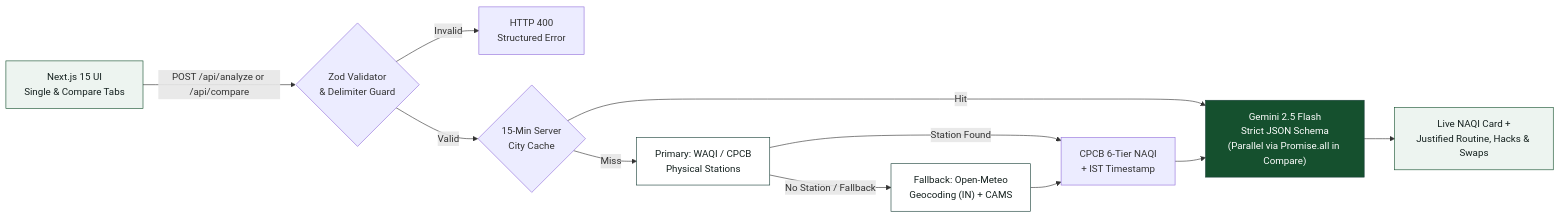
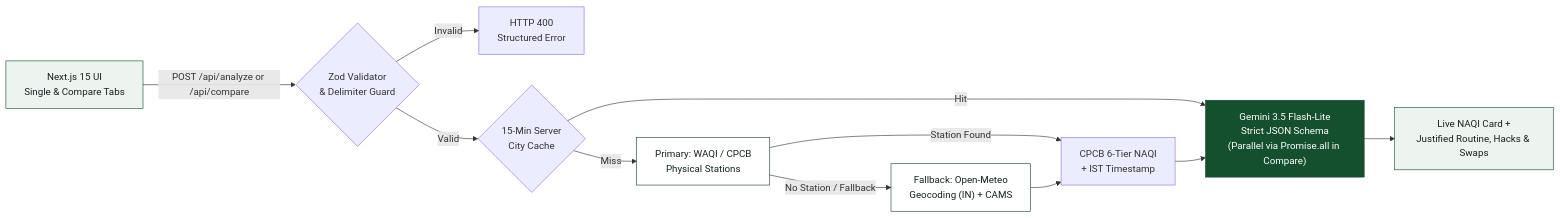
Before and after one commit to titasgarai/vayuguide: the diagram in README.md, drawn with Mermaid. The commit also changed other lines of this file, not shown here.

Commit message:
docs: upgrade README with interactive architecture, animations, and Vercel deployment

````diff
--- a/README.md
+++ b/README.md
@@ -98,19 +98,19 @@
 ```mermaid
 flowchart LR
     UI["Next.js 15 UI<br/>Single & Compare Tabs"] -->|POST /api/analyze or /api/compare| ZOD{"Zod Validator<br/>& Delimiter Guard"}
     ZOD -->|Invalid| ERR["HTTP 400<br/>Structured Error"]
     ZOD -->|Valid| CACHE{"15-Min Server<br/>City Cache"}
     CACHE -->|Hit| GEM
     CACHE -->|Miss| WAQI["Primary: WAQI / CPCB<br/>Physical Stations"]
     WAQI -->|Station Found| CPCB["CPCB 6-Tier NAQI<br/>+ IST Timestamp"]
     WAQI -->|No Station / Fallback| METEO["Fallback: Open-Meteo<br/>Geocoding (IN) + CAMS"]
     METEO --> CPCB
-    CPCB --> GEM["Gemini 2.5 Flash<br/>Strict JSON Schema<br/>(Parallel via Promise.all in Compare)"]
+    CPCB --> GEM["Gemini 3.5 Flash-Lite<br/>Strict JSON Schema<br/>(Parallel via Promise.all in Compare)"]
     GEM --> RESP["Live NAQI Card +<br/>Justified Routine, Hacks & Swaps"]
 
     style UI fill:#EDF4F0,stroke:#15502E,color:#14201E
     style GEM fill:#15502E,stroke:#1A4039,color:#FFFFFF
     style WAQI fill:#FFFFFF,stroke:#1A4039,color:#14201E
     style METEO fill:#FFFFFF,stroke:#1A4039,color:#14201E
     style RESP fill:#EDF4F0,stroke:#15502E,color:#14201E
 ```
````
